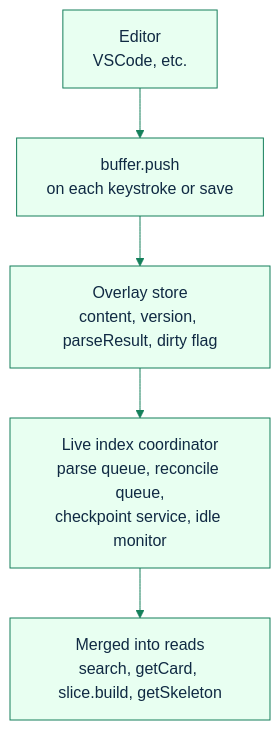
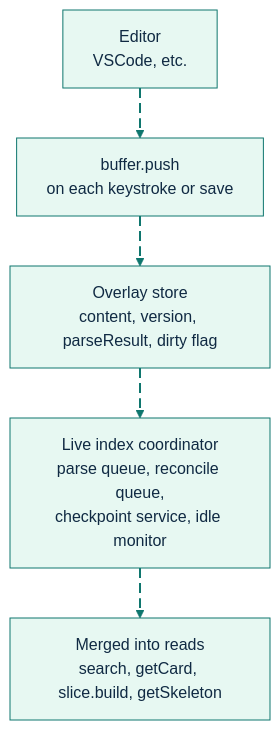
One commit to GlitterKill/sdl-mcp changed the tenth of 14 diagrams in docs/architecture.md. Above: the diagram before and after it, drawn with Mermaid. The commit also changed other lines of this file and 33 other files, not shown here.

First line of the commit message:
docs: update mermaid diagram themes and styling across documentation

````diff
--- a/docs/architecture.md
+++ b/docs/architecture.md
@@ -375,5 +464,17 @@
 ```mermaid
-%%{init: {"theme":"base","themeVariables":{"primaryColor":"#e8fff1","primaryBorderColor":"#157f5b","primaryTextColor":"#102a43","secondaryColor":"#eef6ff","secondaryBorderColor":"#2563eb","tertiaryColor":"#fff4d6","tertiaryBorderColor":"#b45309","lineColor":"#157f5b","fontFamily":"Trebuchet MS, Arial"},"flowchart":{"curve":"basis"}}}%%
+%%{init: {"theme":"base","themeVariables":{"background":"#ffffff","primaryColor":"#E7F8F2","primaryBorderColor":"#0F766E","primaryTextColor":"#102A43","secondaryColor":"#E8F1FF","secondaryBorderColor":"#2563EB","secondaryTextColor":"#102A43","tertiaryColor":"#FFF4D6","tertiaryBorderColor":"#B45309","tertiaryTextColor":"#102A43","lineColor":"#0F766E","textColor":"#102A43","fontFamily":"Inter, ui-sans-serif, system-ui, -apple-system, BlinkMacSystemFont, Segoe UI, sans-serif"},"flowchart":{"curve":"basis","htmlLabels":true}}}%%
 flowchart TD
-    Editor["Editor<br/>VSCode, etc."] --> Push["buffer.push<br/>on each keystroke or save"] --> Overlay["Overlay store<br/>content, version, parseResult, dirty flag"] --> Coordinator["Live index coordinator<br/>parse queue, reconcile queue,<br/>checkpoint service, idle monitor"] --> Reads["Merged into reads<br/>search, getCard, slice.build, getSkeleton"]
+    Editor["Editor<br/>VSCode, etc."] e1@--> Push["buffer.push<br/>on each keystroke or save"]
+    Push e2@--> Overlay["Overlay store<br/>content, version, parseResult, dirty flag"]
+    Overlay e3@--> Coordinator["Live index coordinator<br/>parse queue, reconcile queue,<br/>checkpoint service, idle monitor"]
+    Coordinator e4@--> Reads["Merged into reads<br/>search, getCard, slice.build, getSkeleton"]
+
+    classDef source fill:#E7F8F2,stroke:#0F766E,stroke-width:2px,color:#102A43;
+    classDef process fill:#E8F1FF,stroke:#2563EB,stroke-width:2px,color:#102A43;
+    classDef decision fill:#FFF4D6,stroke:#B45309,stroke-width:2px,color:#102A43;
+    classDef storage fill:#F2E8FF,stroke:#7C3AED,stroke-width:2px,color:#102A43;
+    classDef output fill:#FFE8EF,stroke:#BE123C,stroke-width:2px,color:#102A43;
+    classDef muted fill:#F8FAFC,stroke:#64748B,stroke-width:1px,color:#102A43;
+    classDef animate stroke:#0F766E,stroke-width:2px,stroke-dasharray:10\,5,stroke-dashoffset:900,animation:dash 22s linear infinite;
+    class e1,e2,e3,e4 animate;
 ```
````
